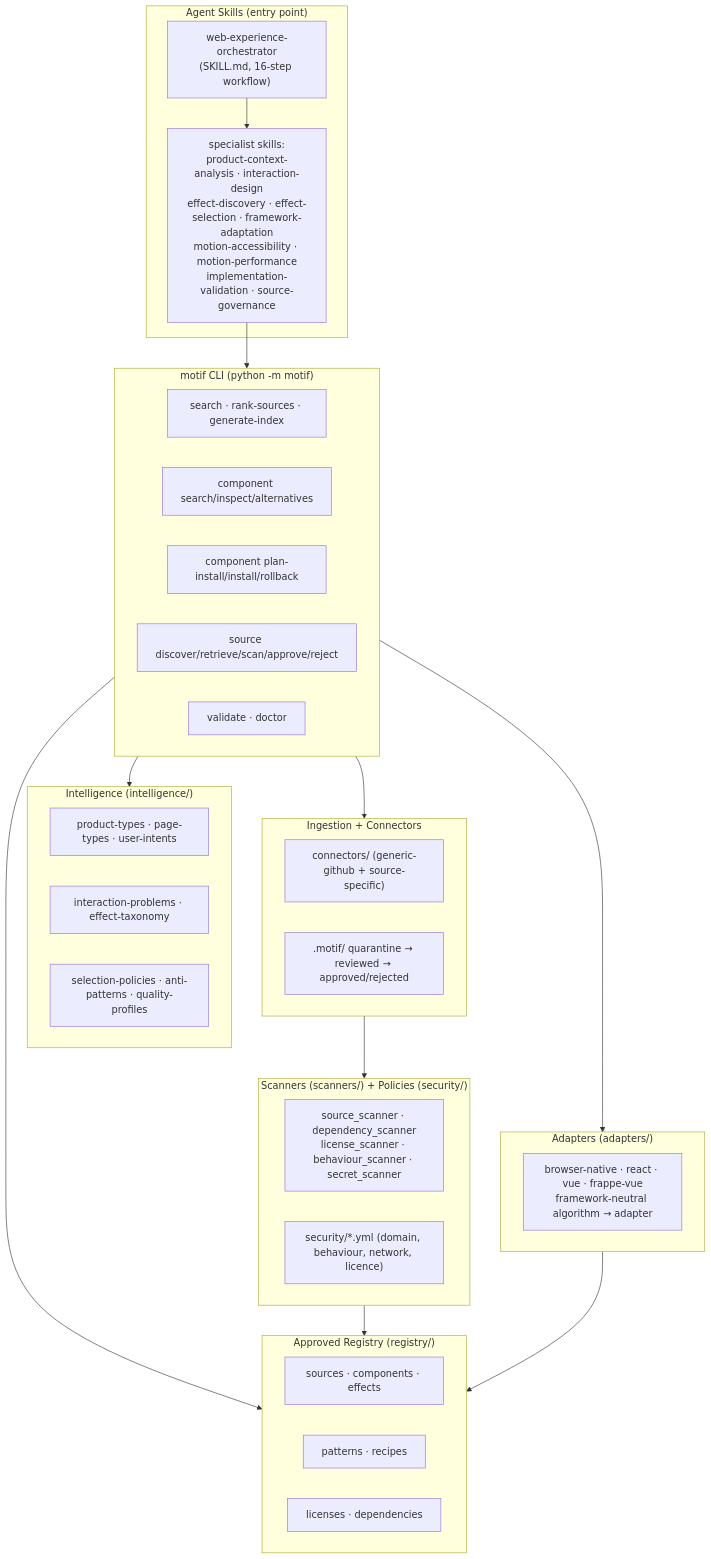
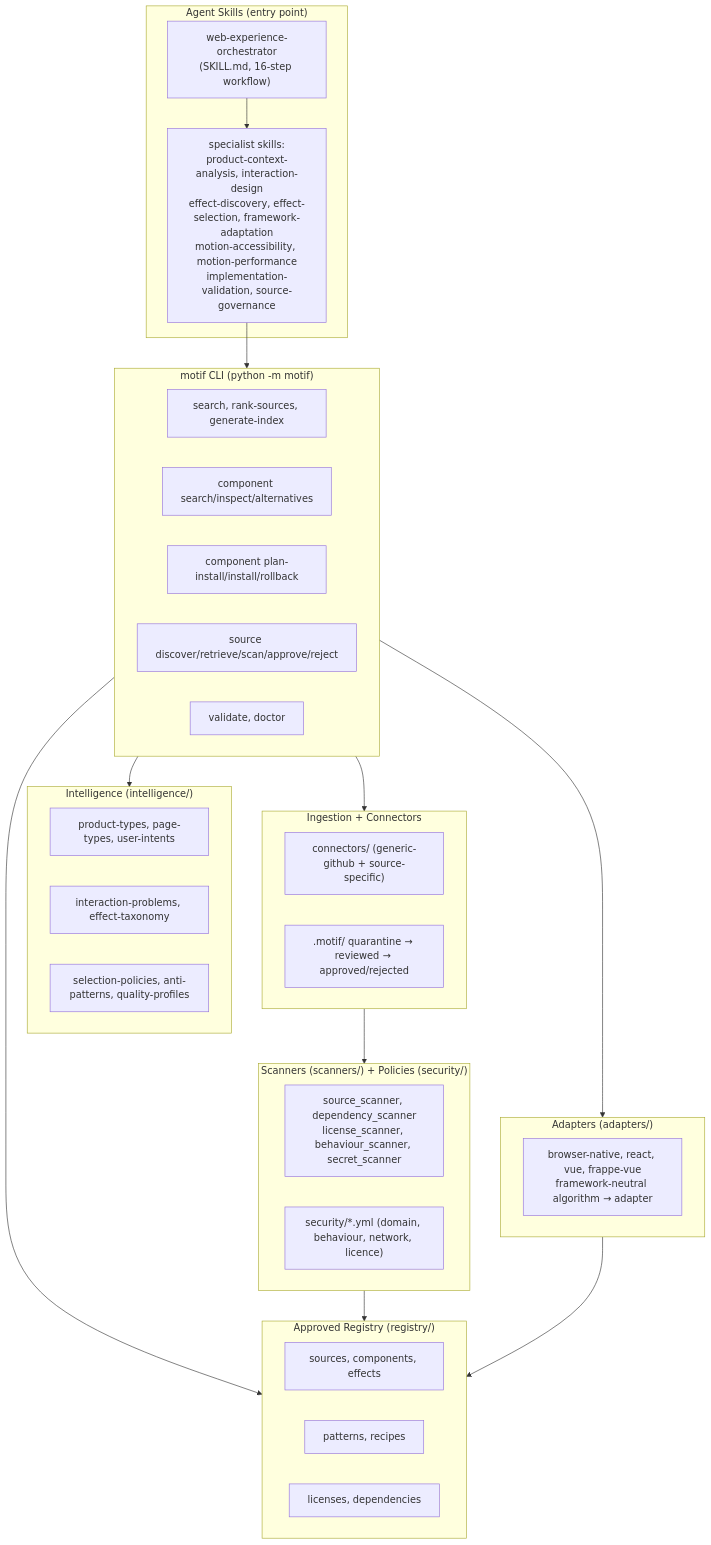
The first of 2 diagrams in docs/architecture.md (Suraj787/open-interaction-intelligence), drawn with Mermaid before and after one commit. The commit also changed other lines of this file and 108 other files, not shown here.

````diff
--- a/docs/architecture.md
+++ b/docs/architecture.md
@@ -33,51 +33,51 @@
 ```mermaid
 flowchart TB
     subgraph Skills["Agent Skills (entry point)"]
         ORCH["web-experience-orchestrator\n(SKILL.md, 16-step workflow)"]
-        SPEC["specialist skills:\nproduct-context-analysis · interaction-design\neffect-discovery · effect-selection · framework-adaptation\nmotion-accessibility · motion-performance\nimplementation-validation · source-governance"]
+        SPEC["specialist skills:\nproduct-context-analysis, interaction-design\neffect-discovery, effect-selection, framework-adaptation\nmotion-accessibility, motion-performance\nimplementation-validation, source-governance"]
     end
 
     subgraph CLI["motif CLI  (python -m motif)"]
-        C1["search · rank-sources · generate-index"]
+        C1["search, rank-sources, generate-index"]
         C2["component search/inspect/alternatives"]
         C3["component plan-install/install/rollback"]
         C4["source discover/retrieve/scan/approve/reject"]
-        C5["validate · doctor"]
+        C5["validate, doctor"]
     end
 
     subgraph Intel["Intelligence (intelligence/)"]
-        I1["product-types · page-types · user-intents"]
-        I2["interaction-problems · effect-taxonomy"]
-        I3["selection-policies · anti-patterns · quality-profiles"]
+        I1["product-types, page-types, user-intents"]
+        I2["interaction-problems, effect-taxonomy"]
+        I3["selection-policies, anti-patterns, quality-profiles"]
     end
 
     subgraph Reg["Approved Registry (registry/)"]
-        R1["sources · components · effects"]
-        R2["patterns · recipes"]
-        R3["licenses · dependencies"]
+        R1["sources, components, effects"]
+        R2["patterns, recipes"]
+        R3["licenses, dependencies"]
     end
 
     subgraph Adapt["Adapters (adapters/)"]
-        A1["browser-native · react · vue · frappe-vue\nframework-neutral algorithm → adapter"]
+        A1["browser-native, react, vue, frappe-vue\nframework-neutral algorithm → adapter"]
     end
 
     subgraph Ingest["Ingestion + Connectors"]
         CN["connectors/ (generic-github + source-specific)"]
         QD[".motif/ quarantine → reviewed → approved/rejected"]
     end
 
     subgraph Scan["Scanners (scanners/) + Policies (security/)"]
-        S1["source_scanner · dependency_scanner\nlicense_scanner · behaviour_scanner · secret_scanner"]
+        S1["source_scanner, dependency_scanner\nlicense_scanner, behaviour_scanner, secret_scanner"]
         P1["security/*.yml (domain, behaviour, network, licence)"]
     end
 
     ORCH --> SPEC
     SPEC --> CLI
     CLI --> Intel
     CLI --> Reg
     CLI --> Adapt
     CLI --> Ingest
     Ingest --> Scan
     Scan --> Reg
     Adapt --> Reg
 ```
````
